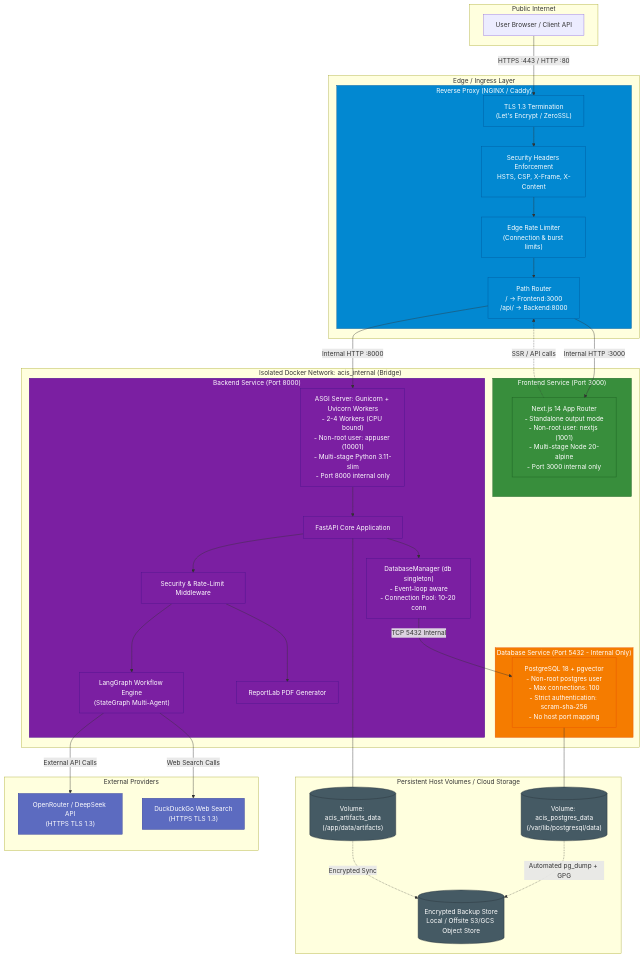
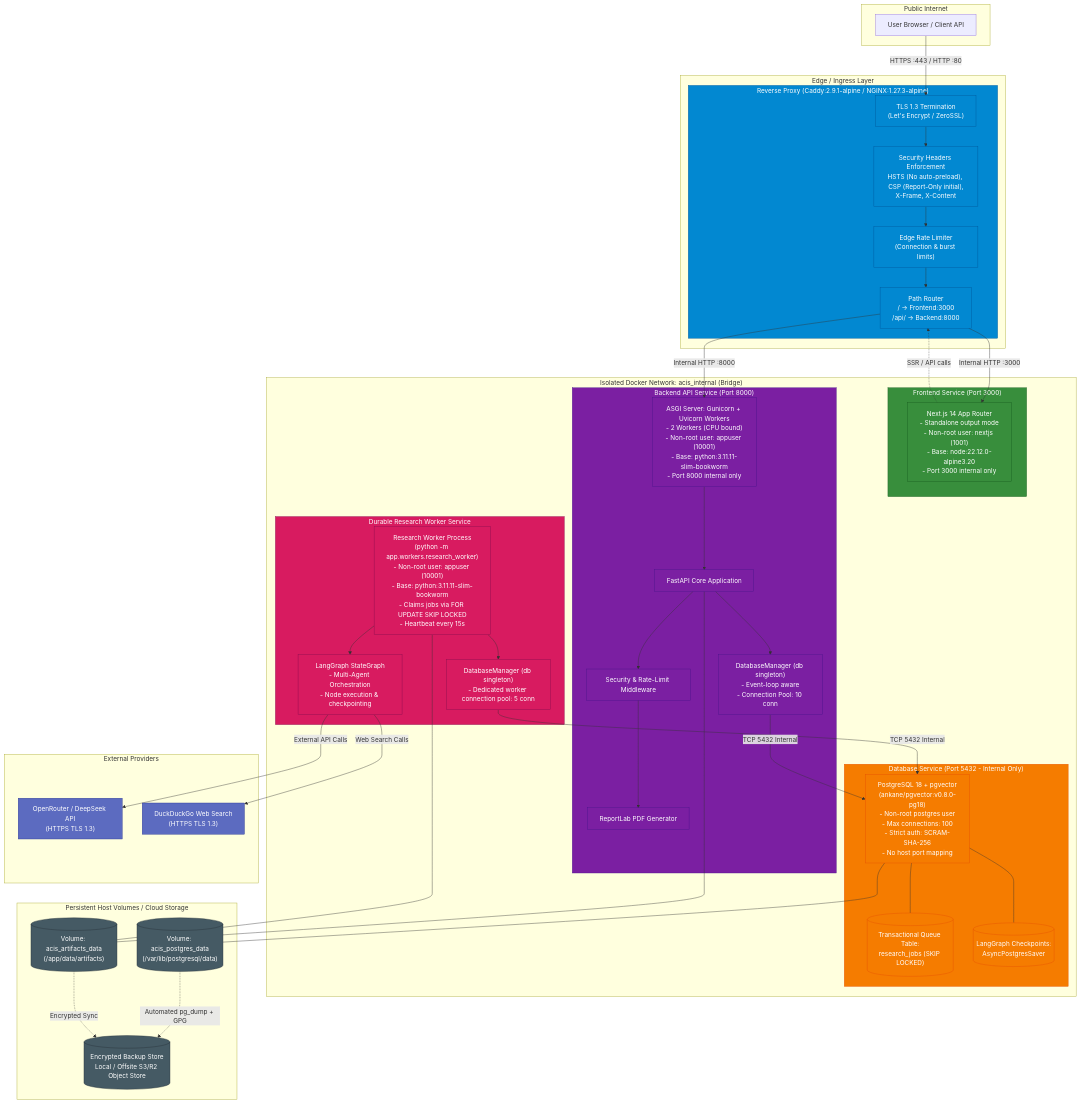
Before and after one commit to Nareshprasana/ai-competitive-intelligence: the first of 2 diagrams in docs/phase-4-production-readiness/proposed-production-architecture.md, drawn with Mermaid. The commit also changed other lines of this file and 6 other files, not shown here.

First line of the commit message:
docs(infra): ACIS Phase 4 Stage 1.1 architecture corrections and production compatibility audit

````diff
--- a/docs/phase-4-production-readiness/proposed-production-architecture.md
+++ b/docs/phase-4-production-readiness/proposed-production-architecture.md
@@ -27,9 +27,9 @@
     end
 
     subgraph EdgeIngress ["Edge / Ingress Layer"]
-        subgraph ReverseProxy ["Reverse Proxy (NGINX / Caddy)"]
+        subgraph ReverseProxy ["Reverse Proxy (Caddy:2.9.1-alpine / NGINX:1.27.3-alpine)"]
             TLS["TLS 1.3 Termination\n(Let's Encrypt / ZeroSSL)"]
-            SecHeaders["Security Headers Enforcement\nHSTS, CSP, X-Frame, X-Content"]
+            SecHeaders["Security Headers Enforcement\nHSTS (No auto-preload), CSP (Report-Only initial),\nX-Frame, X-Content"]
             EdgeRateLimit["Edge Rate Limiter\n(Connection & burst limits)"]
             Router["Path Router\n/ -> Frontend:3000\n/api/ -> Backend:8000"]
         end
@@ -37,32 +37,44 @@
 
     subgraph AppNetwork ["Isolated Docker Network: acis_internal (Bridge)"]
         subgraph FrontendService ["Frontend Service (Port 3000)"]
-            NextProd["Next.js 14 App Router\n- Standalone output mode\n- Non-root user: nextjs (1001)\n- Multi-stage Node 20-alpine\n- Port 3000 internal only"]
+            NextProd["Next.js 14 App Router\n- Standalone output mode\n- Non-root user: nextjs (1001)\n- Base: node:22.12.0-alpine3.20\n- Port 3000 internal only"]
         end
 
-        subgraph BackendService ["Backend Service (Port 8000)"]
-            GunicornUvicorn["ASGI Server: Gunicorn + Uvicorn Workers\n- 2-4 Workers (CPU bound)\n- Non-root user: appuser (10001)\n- Multi-stage Python 3.11-slim\n- Port 8000 internal only"]
+        subgraph BackendAPIService ["Backend API Service (Port 8000)"]
+            GunicornUvicorn["ASGI Server: Gunicorn + Uvicorn Workers\n- 2 Workers (CPU bound)\n- Non-root user: appuser (10001)\n- Base: python:3.11.11-slim-bookworm\n- Port 8000 internal only"]
             
             FastAPIApp["FastAPI Core Application"]
             SecMw["Security & Rate-Limit Middleware"]
-            LangGraph["LangGraph Workflow Engine\n(StateGraph Multi-Agent)"]
             PDFGen["ReportLab PDF Generator"]
-            DBManager["DatabaseManager (db singleton)\n- Event-loop aware\n- Connection Pool: 10-20 conn"]
+            DBManagerAPI["DatabaseManager (db singleton)\n- Event-loop aware\n- Connection Pool: 10 conn"]
             
             GunicornUvicorn --> FastAPIApp
-            FastAPIApp --> SecMw --> LangGraph & PDFGen
-            FastAPIApp --> DBManager
+            FastAPIApp --> SecMw --> PDFGen
+            FastAPIApp --> DBManagerAPI
+        end
+
+        subgraph WorkerService ["Durable Research Worker Service"]
+            WorkerProcess["Research Worker Process\n(python -m app.workers.research_worker)\n- Non-root user: appuser (10001)\n- Base: python:3.11.11-slim-bookworm\n- Claims jobs via FOR UPDATE SKIP LOCKED\n- Heartbeat every 15s"]
+            LangGraphEngine["LangGraph StateGraph\n- Multi-Agent Orchestration\n- Node execution & checkpointing"]
+            DBManagerWorker["DatabaseManager (db singleton)\n- Dedicated worker connection pool: 5 conn"]
+            
+            WorkerProcess --> LangGraphEngine
+            WorkerProcess --> DBManagerWorker
         end
 
         subgraph DBService ["Database Service (Port 5432 - Internal Only)"]
-            PostgresCore["PostgreSQL 18 + pgvector\n- Non-root postgres user\n- Max connections: 100\n- Strict authentication: scram-sha-256\n- No host port mapping"]
+            PostgresCore["PostgreSQL 18 + pgvector\n(ankane/pgvector:v0.8.0-pg18)\n- Non-root postgres user\n- Max connections: 100\n- Strict auth: SCRAM-SHA-256\n- No host port mapping"]
+            JobQueueTable[("Transactional Queue Table:\nresearch_jobs (SKIP LOCKED)")]
+            CheckpointTable[("LangGraph Checkpoints:\nAsyncPostgresSaver")]
+            
+            PostgresCore --- JobQueueTable & CheckpointTable
         end
     end
 
     subgraph StorageVolumes ["Persistent Host Volumes / Cloud Storage"]
         PGDataVolume[("Volume: acis_postgres_data\n(/var/lib/postgresql/data)")]
         ArtifactsVolume[("Volume: acis_artifacts_data\n(/app/data/artifacts)")]
-        BackupStorage[("Encrypted Backup Store\nLocal / Offsite S3/GCS Object Store")]
+        BackupStorage[("Encrypted Backup Store\nLocal / Offsite S3/R2 Object Store")]
     end
 
     subgraph ExternalServices ["External Providers"]
@@ -78,27 +90,31 @@
 
     NextProd -.->|SSR / API calls| Router
 
-    DBManager -->|TCP 5432 Internal| PostgresCore
-    LangGraph -->|External API Calls| OpenRouter
-    LangGraph -->|Web Search Calls| DuckDuckGo
+    DBManagerAPI -->|TCP 5432 Internal| PostgresCore
+    DBManagerWorker -->|TCP 5432 Internal| PostgresCore
+    LangGraphEngine -->|External API Calls| OpenRouter
+    LangGraphEngine -->|Web Search Calls| DuckDuckGo
 
     %% Volume Mounts
     PostgresCore --- PGDataVolume
     FastAPIApp --- ArtifactsVolume
+    WorkerProcess --- ArtifactsVolume
     PGDataVolume -.->|Automated pg_dump + GPG| BackupStorage
     ArtifactsVolume -.->|Encrypted Sync| BackupStorage
 
     classDef ingress fill:#0288d1,stroke:#01579b,color:#fff;
     classDef frontend fill:#388e3c,stroke:#1b5e20,color:#fff;
     classDef backend fill:#7b1fa2,stroke:#4a148c,color:#fff;
+    classDef worker fill:#d81b60,stroke:#880e4f,color:#fff;
     classDef db fill:#f57c00,stroke:#e65100,color:#fff;
     classDef storage fill:#455a64,stroke:#263238,color:#fff;
     classDef external fill:#5c6bc0,stroke:#283593,color:#fff;
 
     class ReverseProxy,TLS,SecHeaders,EdgeRateLimit,Router ingress;
     class FrontendService,NextProd frontend;
-    class BackendService,GunicornUvicorn,FastAPIApp,SecMw,LangGraph,PDFGen,DBManager backend;
-    class DBService,PostgresCore db;
+    class BackendAPIService,GunicornUvicorn,FastAPIApp,SecMw,PDFGen,DBManagerAPI backend;
+    class WorkerService,WorkerProcess,LangGraphEngine,DBManagerWorker worker;
+    class DBService,PostgresCore,JobQueueTable,CheckpointTable db;
     class PGDataVolume,ArtifactsVolume,BackupStorage storage;
     class OpenRouter,DuckDuckGo external;
 ```
````
